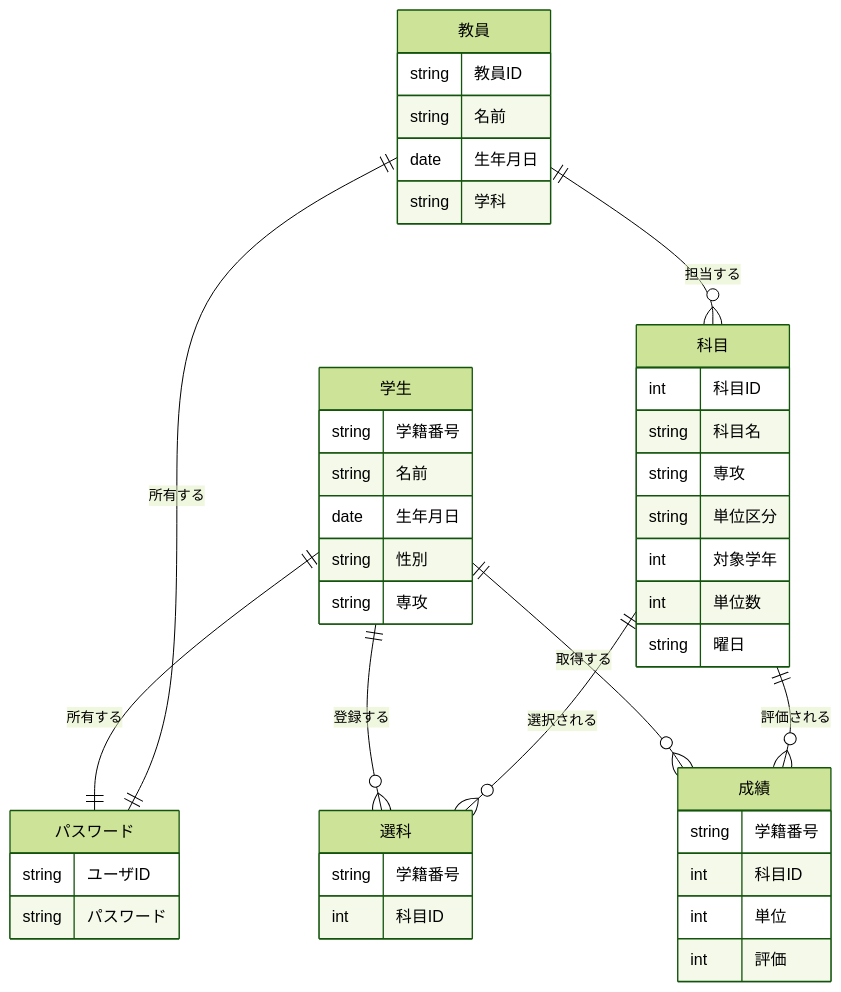
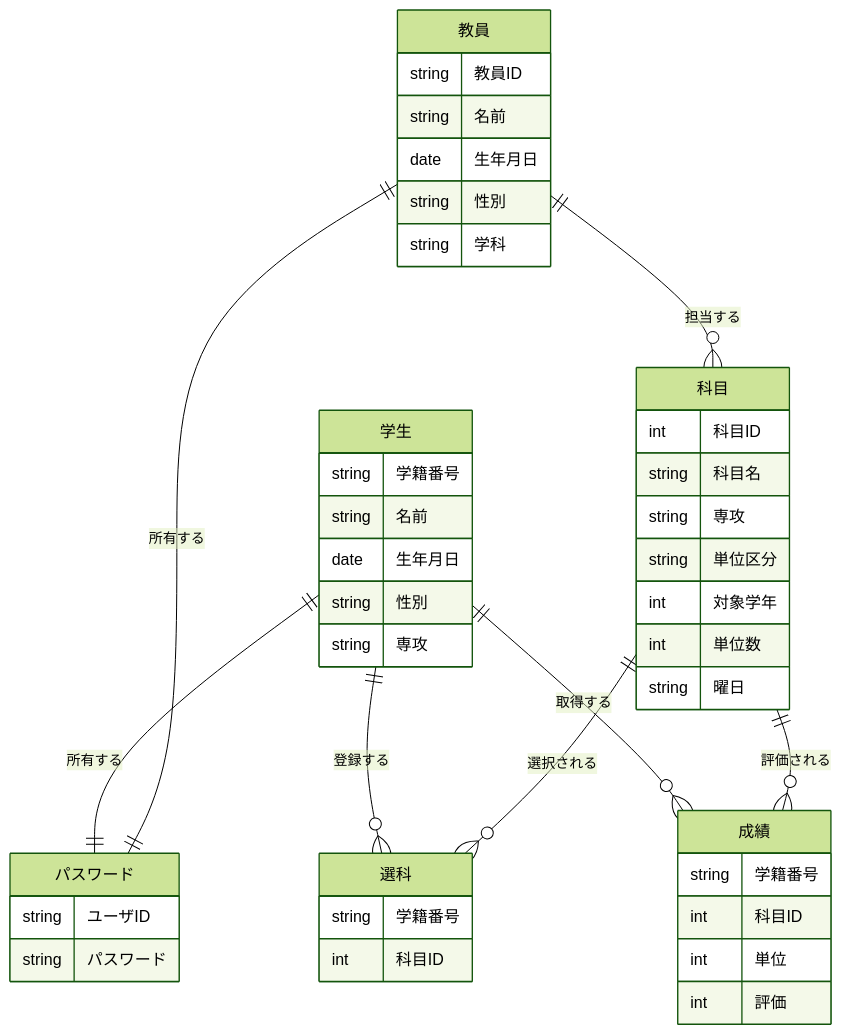
One commit to OOP2-2025-final-G03/StudentManagementSystem changed the diagram in 最終課題.md. Above: the diagram before and after it, drawn with Mermaid (forest theme). The commit also changed other lines of this file, not shown here.

````diff
--- a/最終課題.md
+++ b/最終課題.md
@@ -27,55 +27,56 @@
 ```mermaid
 erDiagram
     学生 ||--|| パスワード : 所有する
     教員 ||--|| パスワード : 所有する
 
     学生 ||--o{ 選科 : 登録する
     科目 ||--o{ 選科 : 選択される
 
     学生 ||--o{ 成績 : 取得する
     科目 ||--o{ 成績 : 評価される
 
     教員 ||--o{ 科目 : 担当する
 
     学生 {
         string 学籍番号
         string 名前
         date 生年月日
         string 性別
         string 専攻
     }
 
     教員 {
         string 教員ID
         string 名前
         date 生年月日
+        string 性別
         string 学科
     }
 
     パスワード {
         string ユーザID
         string パスワード
     }
 
     科目 {
         int 科目ID
         string 科目名
         string 専攻
         string 単位区分
         int 対象学年
         int 単位数
         string 曜日
     }
 
     選科 {
         string 学籍番号
         int 科目ID
     }
 
     成績 {
         string 学籍番号
         int 科目ID
         int 単位
         int 評価
     }
 ```
````
